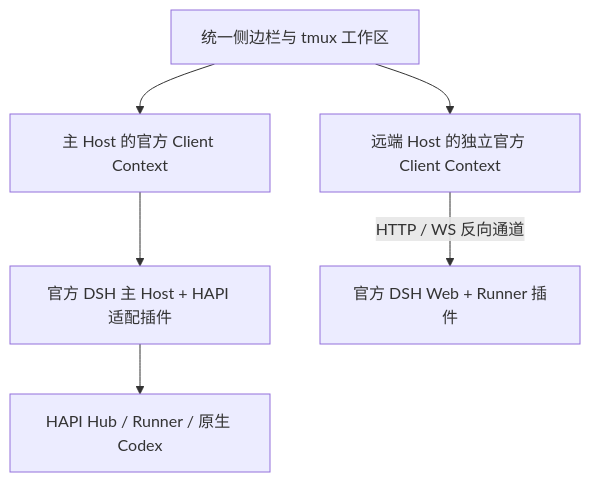
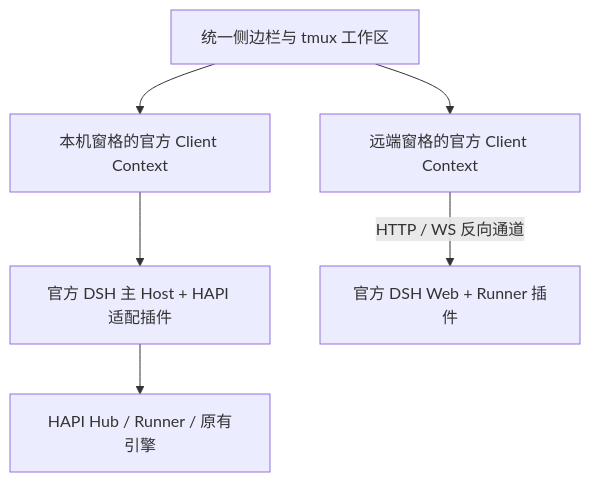
One commit to dqtz5vpvj9-create/hapi-dsh changed the diagram in docs/architecture.md. Above: the diagram before and after it, drawn with Mermaid. The commit also changed other lines of this file and 461 other files, not shown here.

````diff
--- a/docs/architecture.md
+++ b/docs/architecture.md
@@ -5,14 +5,14 @@
 ```mermaid
 flowchart TD
     Shell["统一侧边栏与 tmux 工作区"]
-    Main["主 Host 的官方 Client Context"]
-    Remote["远端 Host 的独立官方 Client Context"]
+    Main["本机窗格的官方 Client Context"]
+    Remote["远端窗格的官方 Client Context"]
     Host["官方 DSH 主 Host + HAPI 适配插件"]
     Worker["官方 DSH Web + Runner 插件"]
-    Native["HAPI Hub / Runner / 原生 Codex"]
+    Native["HAPI Hub / Runner / 原有引擎"]
     Shell --> Main
     Shell --> Remote
     Main --> Host
     Remote -->|"HTTP / WS 反向通道"| Worker
     Host --> Native
 ```
````
